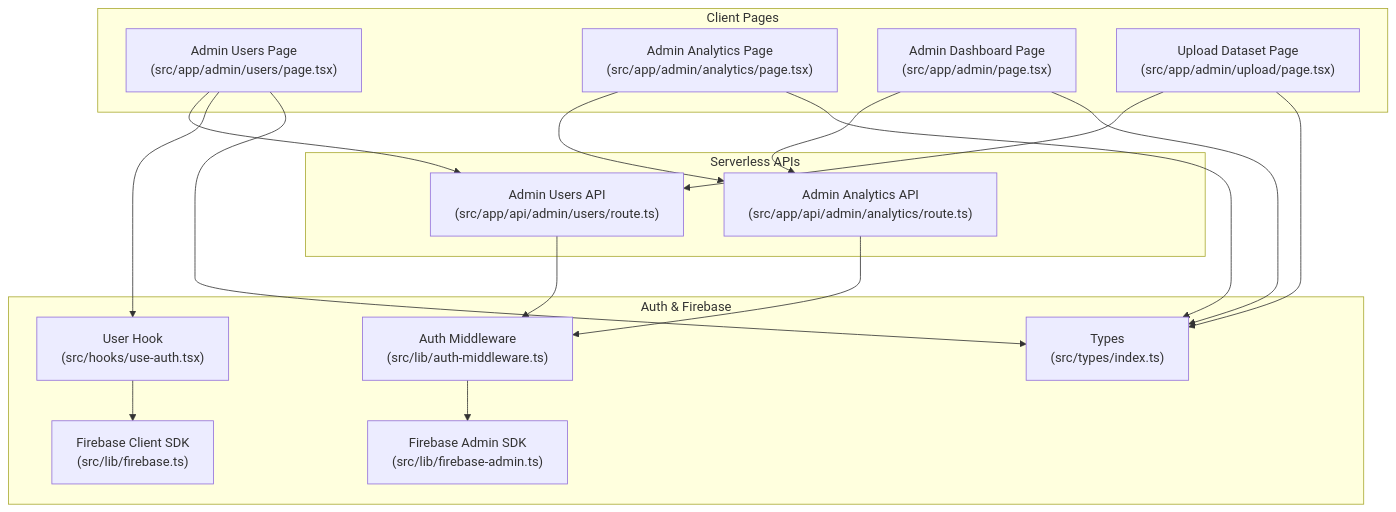
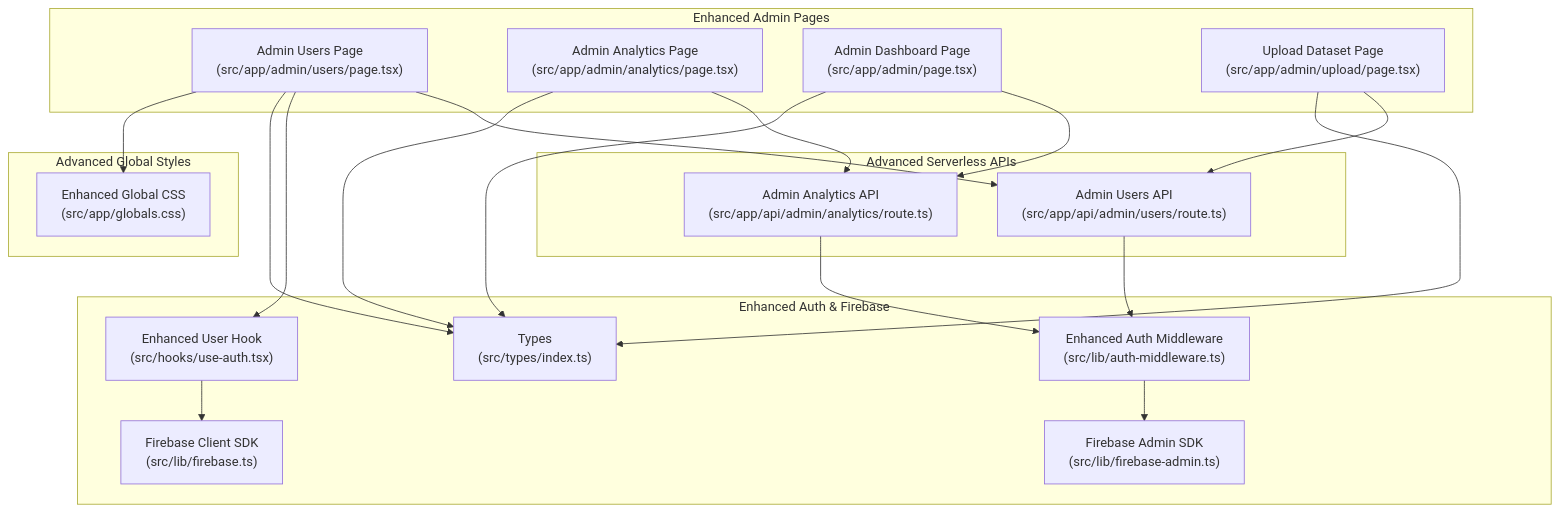
One commit to alikizang/datafrica changed the first of 6 diagrams in .qoder/repowiki/en/content/Admin Panel/User Administration System.md. Above: the diagram before and after it, drawn with Mermaid. The commit also changed other lines of this file and 21 other files, not shown here.

````diff
--- a/.qoder/repowiki/en/content/Admin Panel/User Administration System.md
+++ b/.qoder/repowiki/en/content/Admin Panel/User Administration System.md
@@ -41,33 +62,37 @@
 ```mermaid
 graph TB
-subgraph "Client Pages"
+subgraph "Enhanced Admin Pages"
 U["Admin Users Page<br/>(src/app/admin/users/page.tsx)"]
 A["Admin Analytics Page<br/>(src/app/admin/analytics/page.tsx)"]
 AP["Admin Dashboard Page<br/>(src/app/admin/page.tsx)"]
 UP["Upload Dataset Page<br/>(src/app/admin/upload/page.tsx)"]
 end
-subgraph "Serverless APIs"
+subgraph "Advanced Serverless APIs"
 AU["Admin Users API<br/>(src/app/api/admin/users/route.ts)"]
 AA["Admin Analytics API<br/>(src/app/api/admin/analytics/route.ts)"]
 end
-subgraph "Auth & Firebase"
-AM["Auth Middleware<br/>(src/lib/auth-middleware.ts)"]
+subgraph "Enhanced Auth & Firebase"
+AM["Enhanced Auth Middleware<br/>(src/lib/auth-middleware.ts)"]
 FA["Firebase Admin SDK<br/>(src/lib/firebase-admin.ts)"]
 FC["Firebase Client SDK<br/>(src/lib/firebase.ts)"]
-UA["User Hook<br/>(src/hooks/use-auth.tsx)"]
+UA["Enhanced User Hook<br/>(src/hooks/use-auth.tsx)"]
 TY["Types<br/>(src/types/index.ts)"]
+end
+subgraph "Advanced Global Styles"
+GS["Enhanced Global CSS<br/>(src/app/globals.css)"]
 end
 U --> AU
 A --> AA
 AP --> AA
 UP --> AU
 AU --> AM
 AA --> AM
 AM --> FA
 U --> UA
 UA --> FC
 U --> TY
 A --> TY
 AP --> TY
 UP --> TY
+U --> GS
 ```
````
